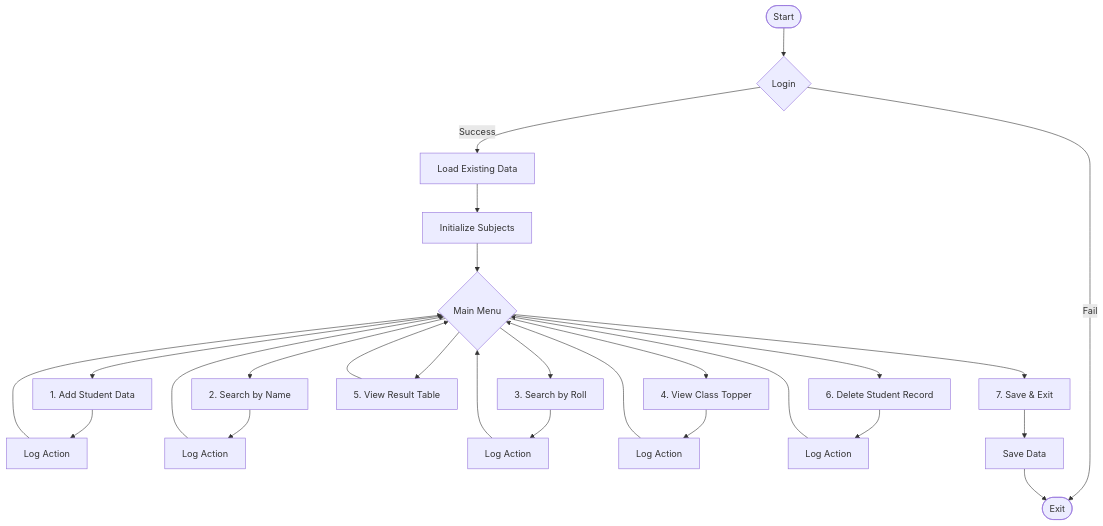
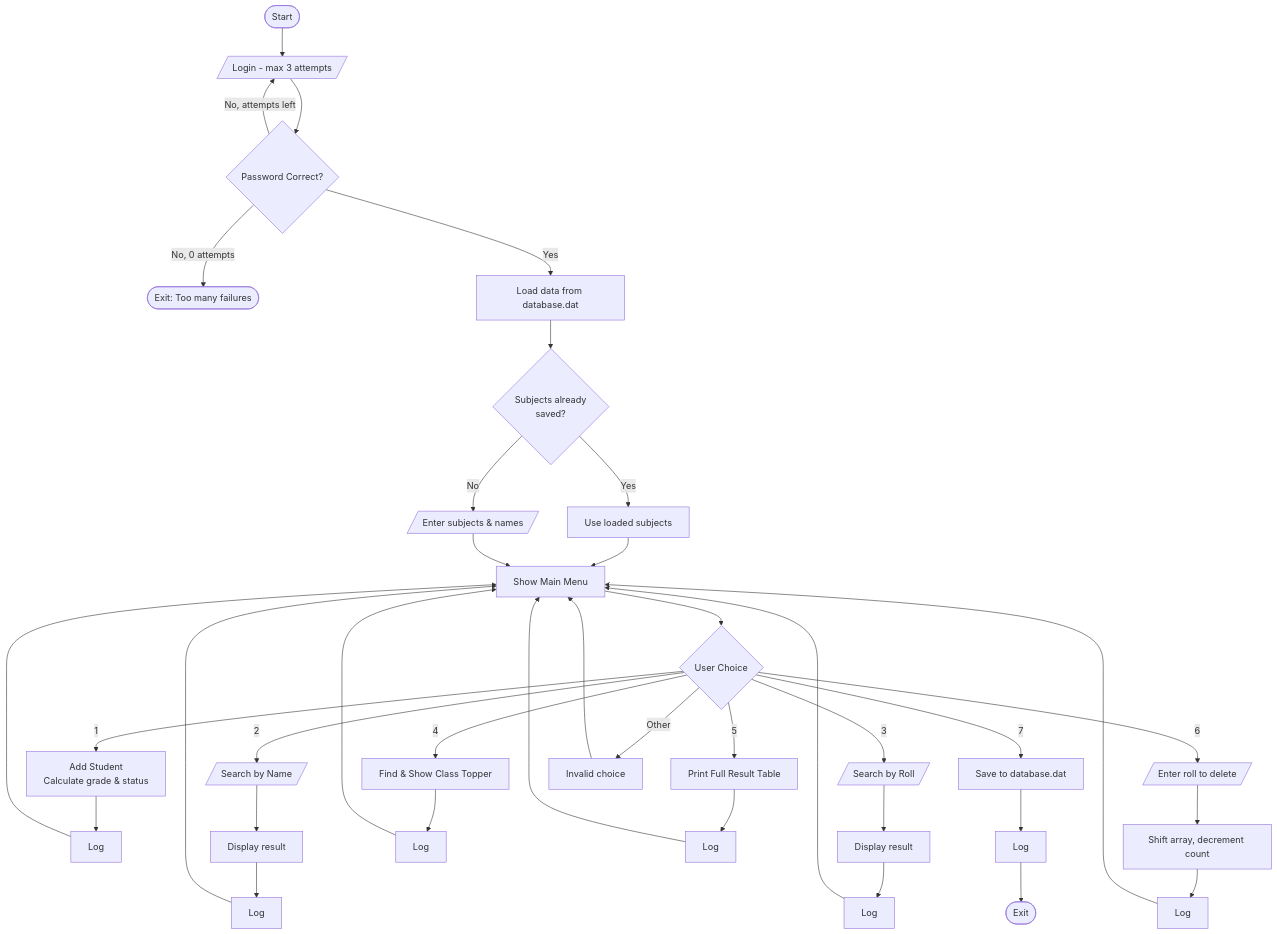
The diagram in README.md (cungthapeng001/StudentGradeBook), drawn with Mermaid before and after one commit. The commit also changed other lines of this file, not shown here.

````diff
--- a/README.md
+++ b/README.md
@@ -29,25 +27,22 @@
 ```mermaid
-graph TD
-    Start([Start]) --> Login{Login}
-    Login -- Fail --> End([Exit])
-    Login -- Success --> Load[Load Existing Data]
-    Load --> Subj[Initialize Subjects]
-    Subj --> Menu{Main Menu}
-    
-    Menu --> Add[1. Add Student Data]
-    Menu --> SearchN[2. Search by Name]
-    Menu --> SearchR[3. Search by Roll]
-    Menu --> Topper[4. View Class Topper]
-    Menu --> Table[5. View Result Table]
-    Menu --> Delete[6. Delete Student Record]
-    Menu --> Exit[7. Save & Exit]
-    
-    Add --> LogA[Log Action] --> Menu
-    SearchN --> LogSN[Log Action] --> Menu
-    SearchR --> LogSR[Log Action] --> Menu
-    Topper --> LogT[Log Action] --> Menu
-    Table --> Menu
-    Delete --> LogD[Log Action] --> Menu
-    
-    Exit --> Save[Save Data] --> End
+flowchart TD
+    A([Start]) --> B[/Login - max 3 attempts/]
+    B --> C{Password Correct?}
+    C -- No, attempts left --> B
+    C -- No, 0 attempts --> Z([Exit: Too many failures])
+    C -- Yes --> D[Load data from database.dat]
+    D --> E{Subjects already\nsaved?}
+    E -- Yes --> F[Use loaded subjects]
+    E -- No --> G[/Enter subjects & names/]
+    F & G --> H[Show Main Menu]
+
+    H --> I{User Choice}
+    I -- 1 --> J[Add Student\nCalculate grade & status] --> J1[Log] --> H
+    I -- 2 --> K[/Search by Name/] --> K1[Display result] --> K2[Log] --> H
+    I -- 3 --> L[/Search by Roll/] --> L1[Display result] --> L2[Log] --> H
+    I -- 4 --> M[Find & Show Class Topper] --> M1[Log] --> H
+    I -- 5 --> N[Print Full Result Table] --> N1[Log] --> H
+    I -- 6 --> O[/Enter roll to delete/] --> O1[Shift array, decrement count] --> O2[Log] --> H
+    I -- 7 --> P[Save to database.dat] --> Q[Log] --> R([Exit])
+    I -- Other --> S[Invalid choice] --> H
 ```
````
